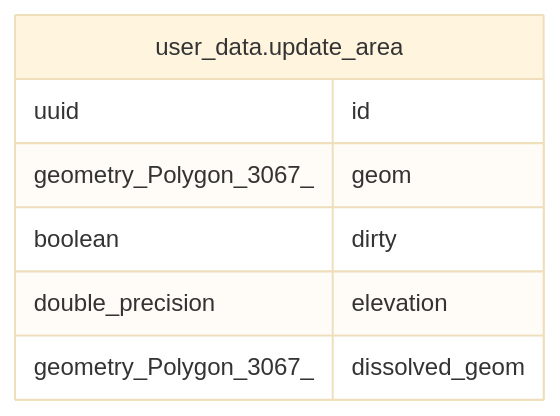
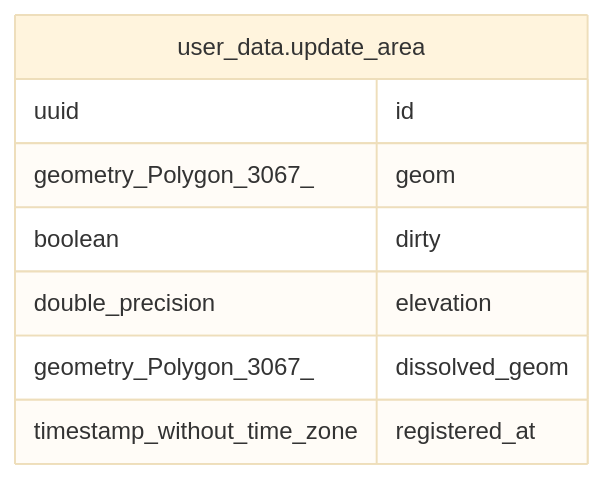
Before and after one commit to nlsfi/pinta: the diagram in components/db/docs/job_db/user_data.update_area.md, drawn with Mermaid (base theme). The commit also changed other lines of this file and 1 other file, not shown here.

````diff
--- a/components/db/docs/job_db/user_data.update_area.md
+++ b/components/db/docs/job_db/user_data.update_area.md
@@ -35,12 +37,13 @@
 ```mermaid
 erDiagram
 
 
 "user_data.update_area" {
   uuid id
   geometry_Polygon_3067_ geom
   boolean dirty
   double_precision elevation
   geometry_Polygon_3067_ dissolved_geom
+  timestamp_without_time_zone registered_at
 }
 ```
````
